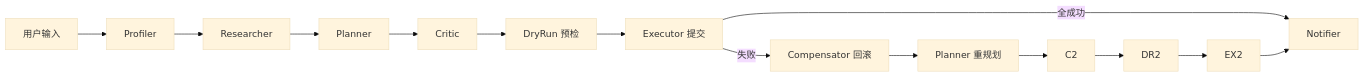
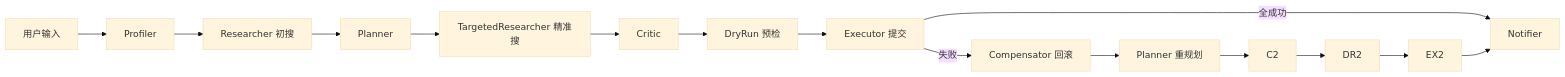
Before and after one commit to ForeverYangyoung/weekend-agent: the diagram in 04.第一阶段展示.md, drawn with Mermaid (base theme). The commit also changed other lines of this file and 60 other files, not shown here.

````diff
--- a/04.第一阶段展示.md
+++ b/04.第一阶段展示.md
@@ -28,13 +59,27 @@
 ```mermaid
+
 flowchart LR
+
   IN[用户输入] --> P[Profiler]
-  P --> R[Researcher]
+
+  P --> R[Researcher 初搜]
+
   R --> PL[Planner]
-  PL --> C[Critic]
+
+  PL --> TR[TargetedResearcher 精准搜]
+
+  TR --> C[Critic]
+
   C --> DR[DryRun 预检]
+
   DR --> EX[Executor 提交]
+
   EX -->|失败| CP[Compensator 回滚]
+
   EX -->|全成功| N[Notifier]
+
   CP --> PL2[Planner 重规划]
+
   PL2 --> C2 --> DR2 --> EX2 --> N
+
 ```
````
